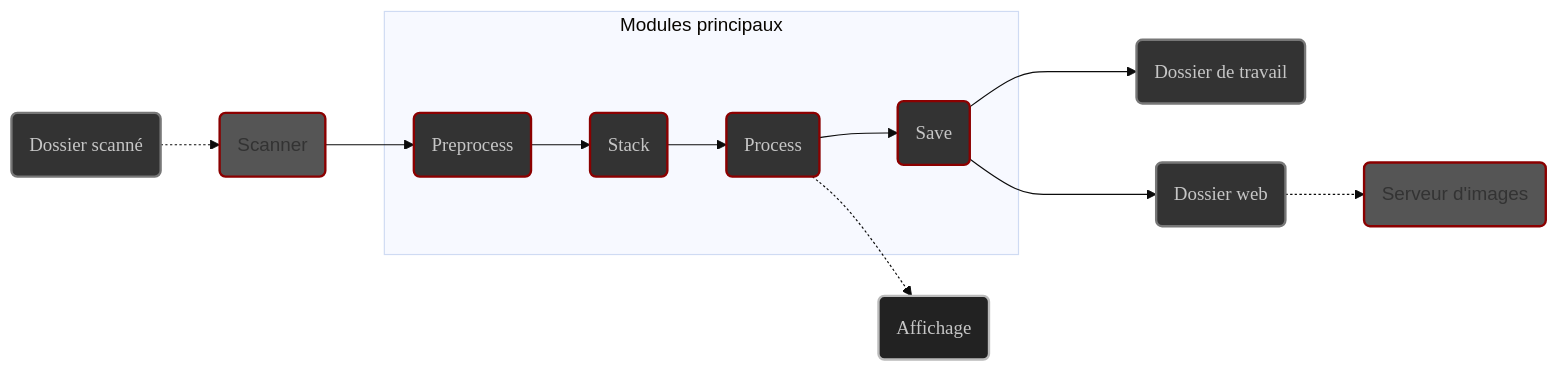
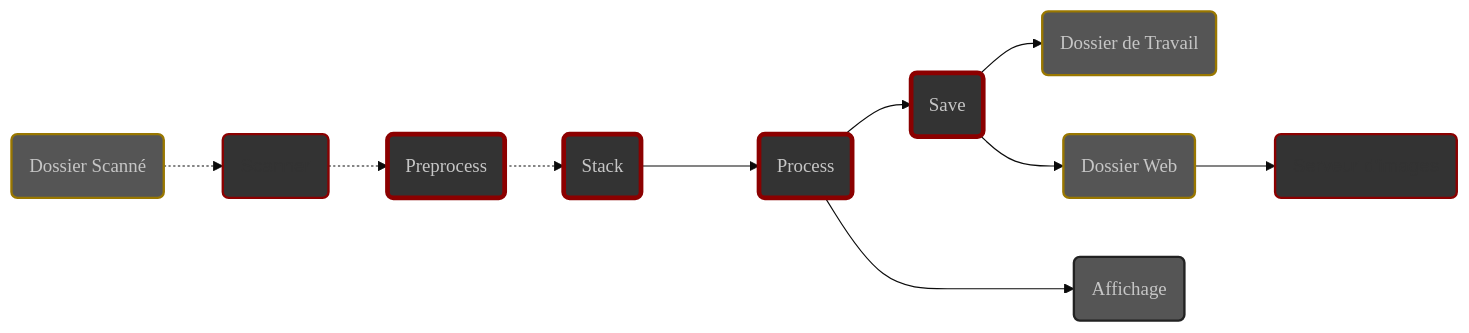
The diagram in content/fr/docs/v0.7/userguide/concepts.md (deufrai/als), drawn with Mermaid (base theme) before and after one commit. The commit also changed other lines of this file and 1 other file, not shown here.

Commit message:
awesome new image flow graph

````diff
--- a/content/fr/docs/v0.7/userguide/concepts.md
+++ b/content/fr/docs/v0.7/userguide/concepts.md
@@ -37,28 +37,30 @@
 ```mermaid
 graph LR
-    subgraph Modules principaux
-        B(Preprocess) --> C(Stack)
-        C --> D(Process)
+
+        B(Preprocess) -.-> C(Stack)
+        C ---> D(Process)
         D --> E(Save)
-    end
-    A(Scanner) --> B
-    E ---> F(Dossier de travail)
-    E ---> G(Dossier web)
-    G -.-> H(Serveur d'images)
-    D -.-> I(Affichage)
+
+
+    S(Dossier Scanné) -.-> A(Scanner)        
+    A -.-> B
+    E --> F(Dossier de Travail)
+    E --> G(Dossier Web)
+    G --> H(Serveur d'images) 
+    D ---> I(Affichage)
+
+
+    style A fill:#333,stroke:darkred,stroke-width:2px
+    style B fill:#333,stroke:darkred,stroke-width:4px,color:#c6c6c6,font-family:'Poppins',sans-serif
+    style C fill:#333,stroke:darkred,stroke-width:4px,color:#c6c6c6,font-family:'Poppins',sans-serif
+    style D fill:#333,stroke:darkred,stroke-width:4px,color:#c6c6c6,font-family:'Poppins',sans-serif
+    style E fill:#333,stroke:darkred,stroke-width:4px,color:#c6c6c6,font-family:'Poppins',sans-serif
+
+    style F fill:#555,stroke:#970,stroke-width:2px,color:#c6c6c6,font-family:'Poppins',sans-serif
+    style G fill:#555,stroke:#970,stroke-width:2px,color:#c6c6c6,font-family:'Poppins',sans-serif
+    style S fill:#555,stroke:#970,stroke-width:2px,color:#c6c6c6,font-family:'Poppins',sans-serif
     
-    S(Dossier scanné) -.-> A
+    style I fill:#555,stroke:#222,stroke-width:2px,color:#c6c6c6,font-family:'Poppins',sans-serif
 
-    style A fill:#555,stroke:darkred,stroke-width:2px
-    style B fill:#333,stroke:darkred,stroke-width:2px,color:#c6c6c6,font-family:'Poppins',sans-serif
-    style C fill:#333,stroke:darkred,stroke-width:2px,color:#c6c6c6,font-family:'Poppins',sans-serif
-    style D fill:#333,stroke:darkred,stroke-width:2px,color:#c6c6c6,font-family:'Poppins',sans-serif
-    style E fill:#333,stroke:darkred,stroke-width:2px,color:#c6c6c6,font-family:'Poppins',sans-serif
-    
-    style F fill:#333,stroke:#777,stroke-width:2px,color:#c6c6c6,font-family:'Poppins',sans-serif
-    style G fill:#333,stroke:#777,stroke-width:2px,color:#c6c6c6,font-family:'Poppins',sans-serif
-    style I fill:#222,stroke:#BBB,stroke-width:2px,color:#c6c6c6,font-family:'Poppins',sans-serif
-    style S fill:#333,stroke:#777,stroke-width:2px,color:#c6c6c6,font-family:'Poppins',sans-serif
-    
-    style H fill:#555,stroke:darkred,stroke-width:2px
+    style H fill:#333,stroke:darkred,stroke-width:2px
 ```
````
